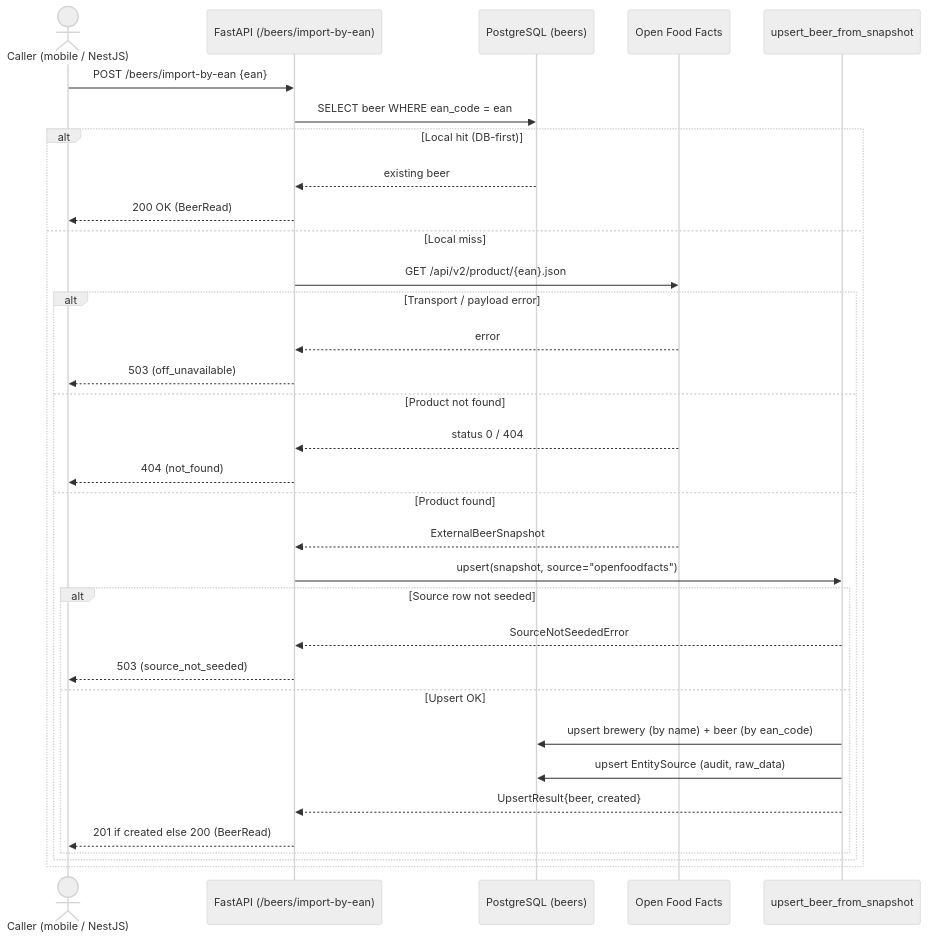
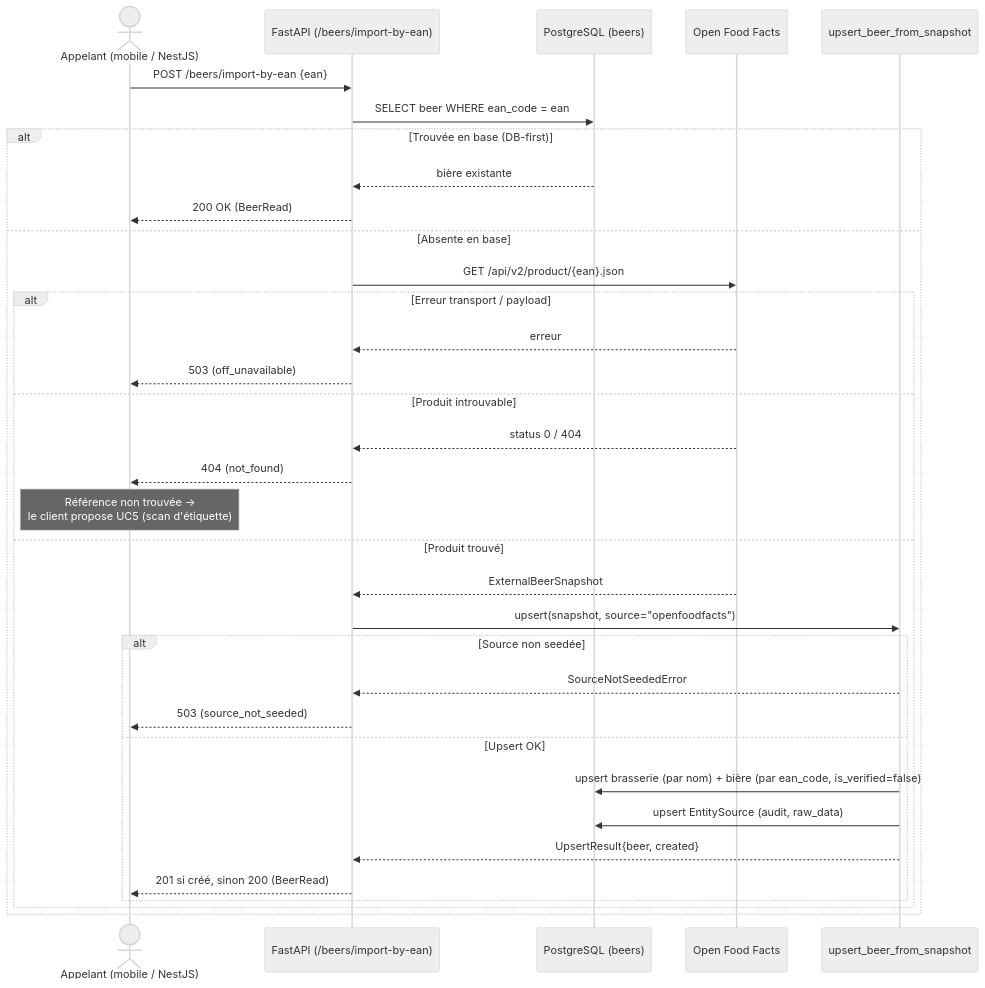
One commit to benoit-bremaud/brasse-bouillon changed the diagram in packages/beer-encyclopedia/docs/diagrams/beer-encyclopedia/02-sequence-import-by-ean.md. Above: the diagram before and after it, drawn with Mermaid (neutral theme). The commit also changed other lines of this file and 2 other files, not shown here.

First line of the commit message:
docs(architecture): add traceability matrix + reframe UC4 sequence (backend), keep monorepo

````diff
--- a/packages/beer-encyclopedia/docs/diagrams/beer-encyclopedia/02-sequence-import-by-ean.md
+++ b/packages/beer-encyclopedia/docs/diagrams/beer-encyclopedia/02-sequence-import-by-ean.md
@@ -16,36 +23,37 @@
 ```mermaid
 sequenceDiagram
-  actor C as Caller (mobile / NestJS)
+  actor C as Appelant (mobile / NestJS)
   participant API as FastAPI (/beers/import-by-ean)
   participant DB as PostgreSQL (beers)
   participant OFFAPI as Open Food Facts
   participant P as upsert_beer_from_snapshot
 
   C->>API: POST /beers/import-by-ean {ean}
   API->>DB: SELECT beer WHERE ean_code = ean
-  alt Local hit (DB-first)
-    DB-->>API: existing beer
+  alt Trouvée en base (DB-first)
+    DB-->>API: bière existante
     API-->>C: 200 OK (BeerRead)
-  else Local miss
+  else Absente en base
     API->>OFFAPI: GET /api/v2/product/{ean}.json
-    alt Transport / payload error
-      OFFAPI-->>API: error
+    alt Erreur transport / payload
+      OFFAPI-->>API: erreur
       API-->>C: 503 (off_unavailable)
-    else Product not found
+    else Produit introuvable
       OFFAPI-->>API: status 0 / 404
       API-->>C: 404 (not_found)
-    else Product found
+      Note over C: Référence non trouvée →<br/>le client propose UC5 (scan d'étiquette)
+    else Produit trouvé
       OFFAPI-->>API: ExternalBeerSnapshot
       API->>P: upsert(snapshot, source="openfoodfacts")
-      alt Source row not seeded
+      alt Source non seedée
         P-->>API: SourceNotSeededError
         API-->>C: 503 (source_not_seeded)
       else Upsert OK
-        P->>DB: upsert brewery (by name) + beer (by ean_code)
+        P->>DB: upsert brasserie (par nom) + bière (par ean_code, is_verified=false)
         P->>DB: upsert EntitySource (audit, raw_data)
         P-->>API: UpsertResult{beer, created}
-        API-->>C: 201 if created else 200 (BeerRead)
+        API-->>C: 201 si créé, sinon 200 (BeerRead)
       end
     end
   end
 ```
````
